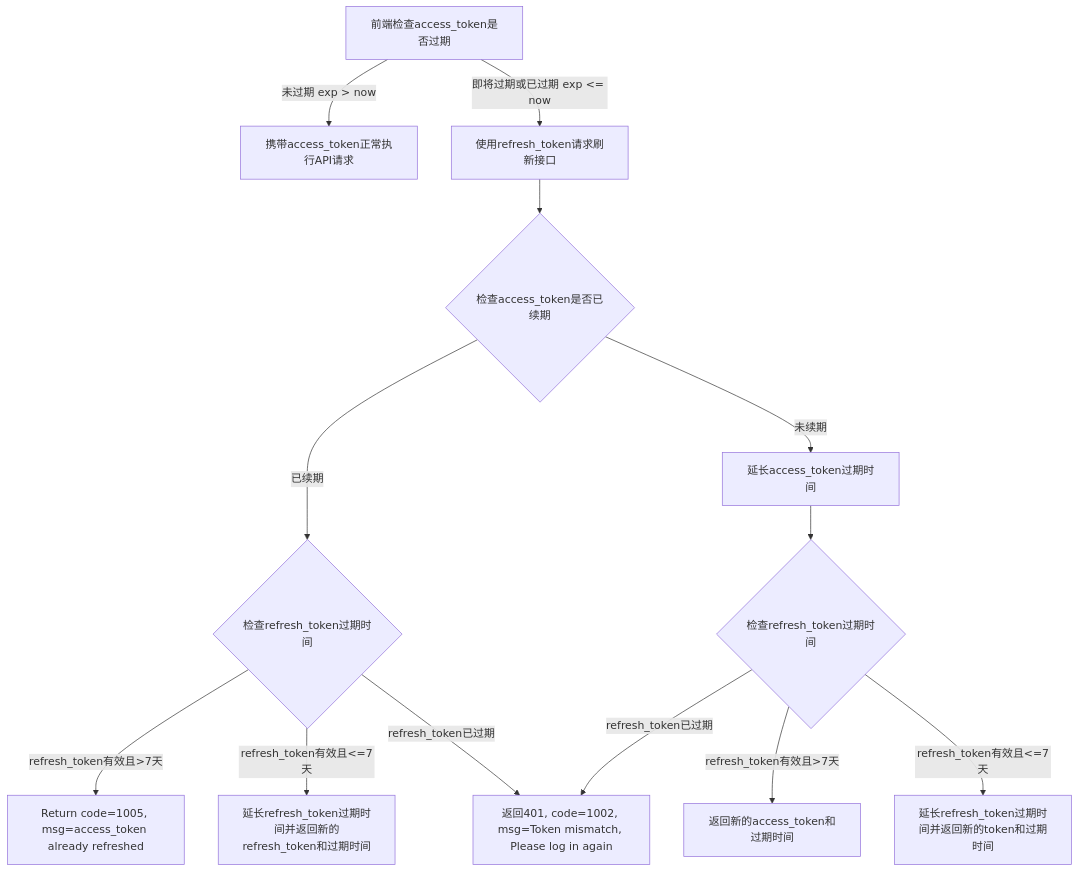
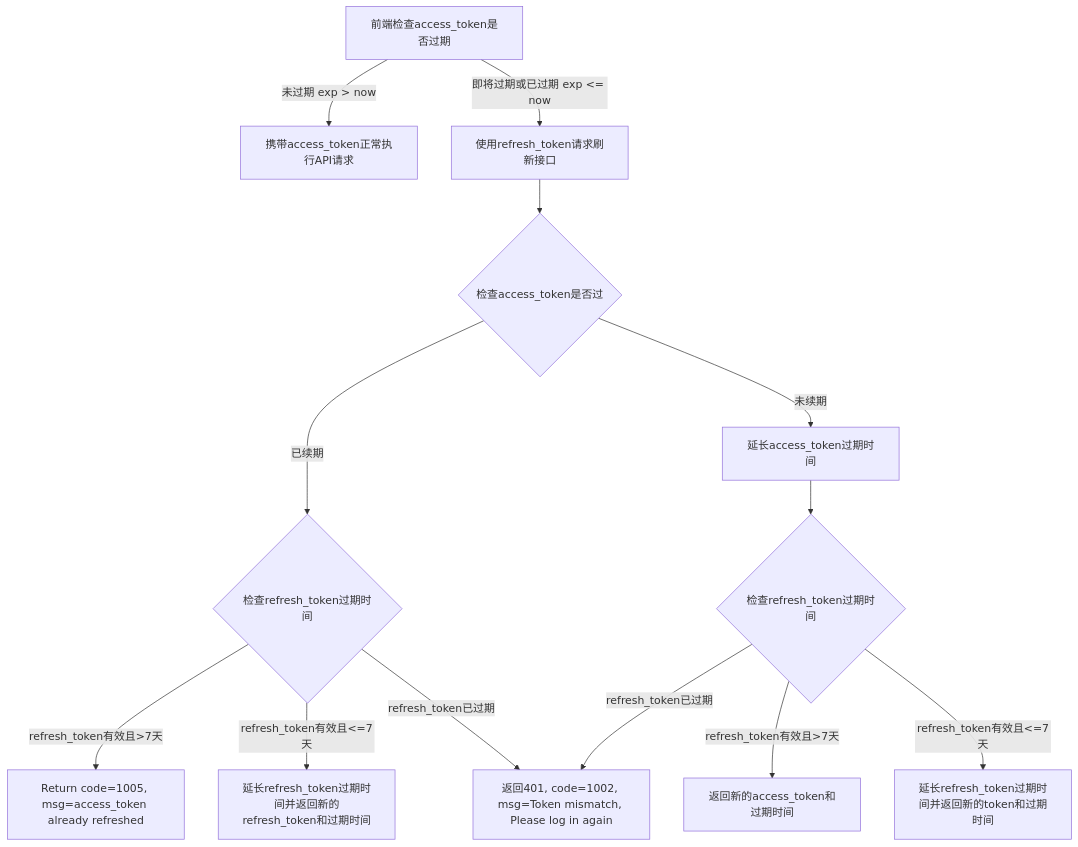
Before and after one commit to yingjianzh/iodraw-files: the diagram in all/未命名-19.md, drawn with Mermaid.

Commit message:
2025-01-09 09:25:29 update

````diff
--- a/all/未命名-19.md
+++ b/all/未命名-19.md
@@ -1,17 +1,17 @@
 ```mermaid
 flowchart TD
     A[前端检查access_token是否过期] 
     A -->|未过期 exp > now| B[携带access_token正常执行API请求]
     A -->|即将过期或已过期 exp <= now| C[使用refresh_token请求刷新接口]
-    C --> D{检查access_token是否已续期}
+    C --> D{检查access_token是否过}
     D -->|已续期| E{检查refresh_token过期时间}
     D -->|未续期| F[延长access_token过期时间]
     E -->|refresh_token有效且>7天| G[Return code=1005, msg=access_token already refreshed]
     E -->|refresh_token有效且<=7天| H[延长refresh_token过期时间并返回新的refresh_token和过期时间]
     E -->|refresh_token已过期| I[返回401, code=1002, msg=Token mismatch, Please log in again]
     F --> J{检查refresh_token过期时间}
     J -->|refresh_token有效且>7天| K[返回新的access_token和过期时间]
     J -->|refresh_token有效且<=7天| L[延长refresh_token过期时间并返回新的token和过期时间]
     J -->|refresh_token已过期| I
 
 ```
````
